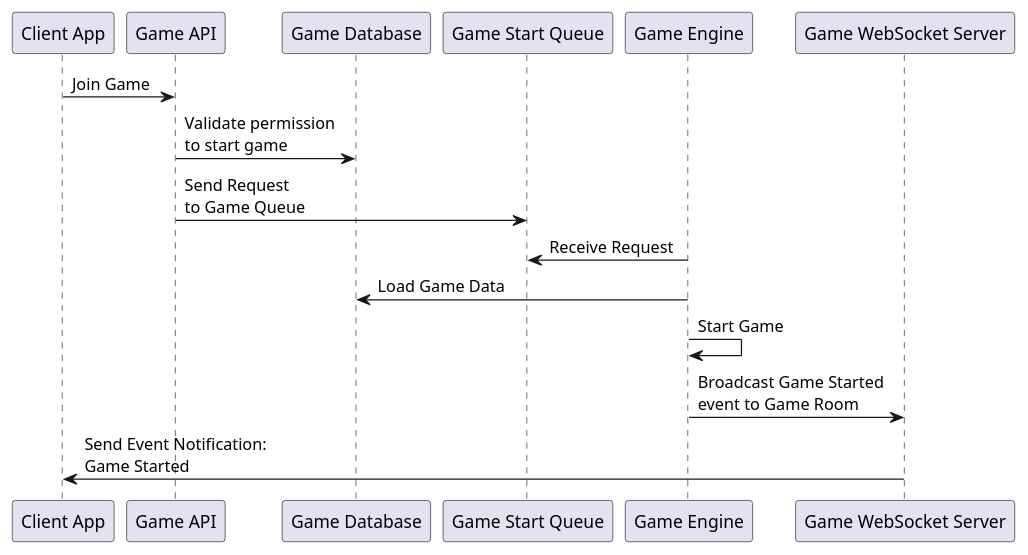
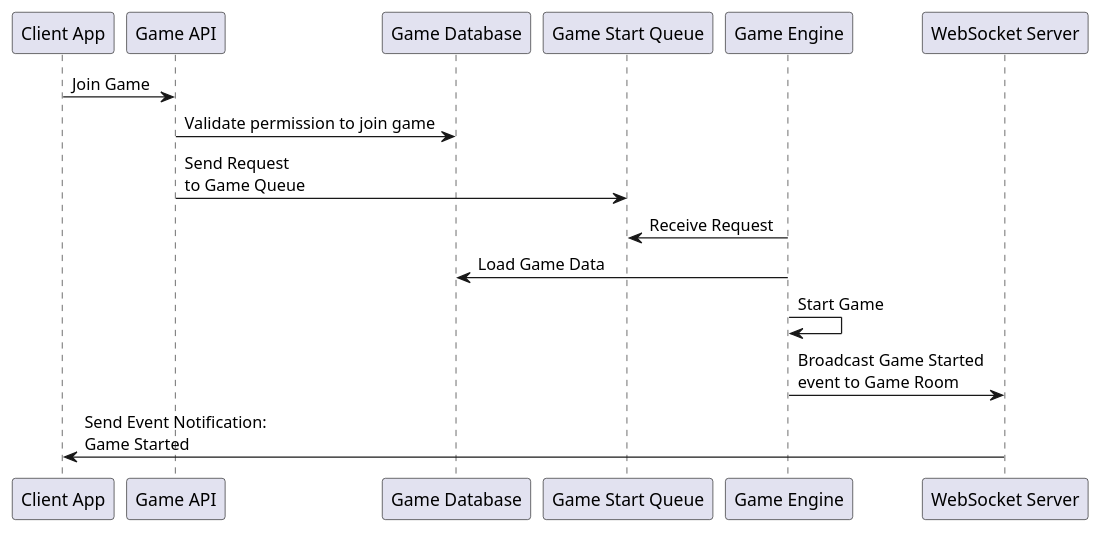
The diagram in documentation/join-game.wsd (keyofdb/poker-game), drawn with PlantUML before and after one commit. The commit also changed 1 other file, not shown here.

```diff
--- a/documentation/join-game.wsd
+++ b/documentation/join-game.wsd
@@ -1,16 +1,16 @@
 @startuml
 participant "Client App" as ClientApp
 participant "Game API" as GameAPI
 participant "Game Database" as GameDatabase
 participant "Game Start Queue" as AWSSQS
 participant "Game Engine" as GameEngine
-participant "Game WebSocket Server" as GameWebSocketServer
+participant "WebSocket Server" as WebSocketServer
 ClientApp -> GameAPI : Join Game
-GameAPI -> GameDatabase : Validate permission\nto start game
+GameAPI -> GameDatabase : Validate permission to join game
 GameAPI -> AWSSQS : Send Request\nto Game Queue
 GameEngine -> AWSSQS: Receive Request
 GameEngine -> GameDatabase: Load Game Data
 GameEngine -> GameEngine: Start Game
-GameEngine -> GameWebSocketServer: Broadcast Game Started\nevent to Game Room
-GameWebSocketServer -> ClientApp : Send Event Notification:\nGame Started
+GameEngine -> WebSocketServer: Broadcast Game Started\nevent to Game Room
+WebSocketServer -> ClientApp : Send Event Notification:\nGame Started
 @enduml
```
